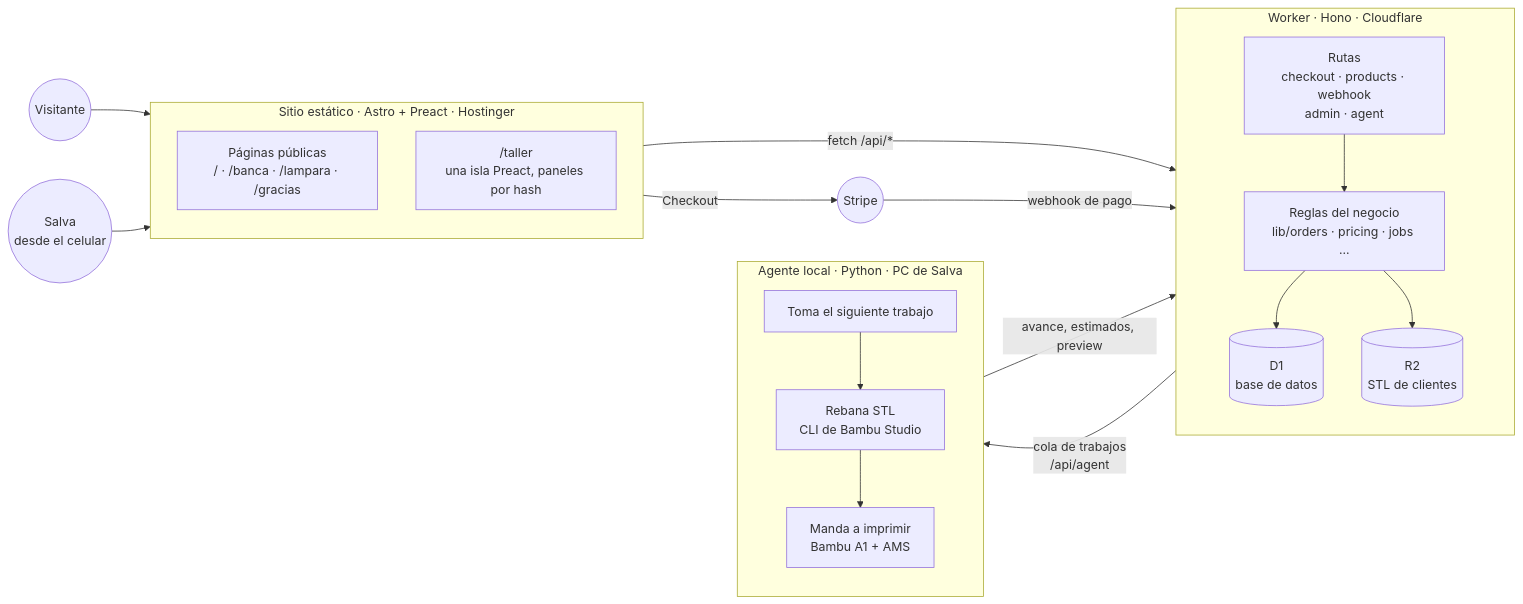
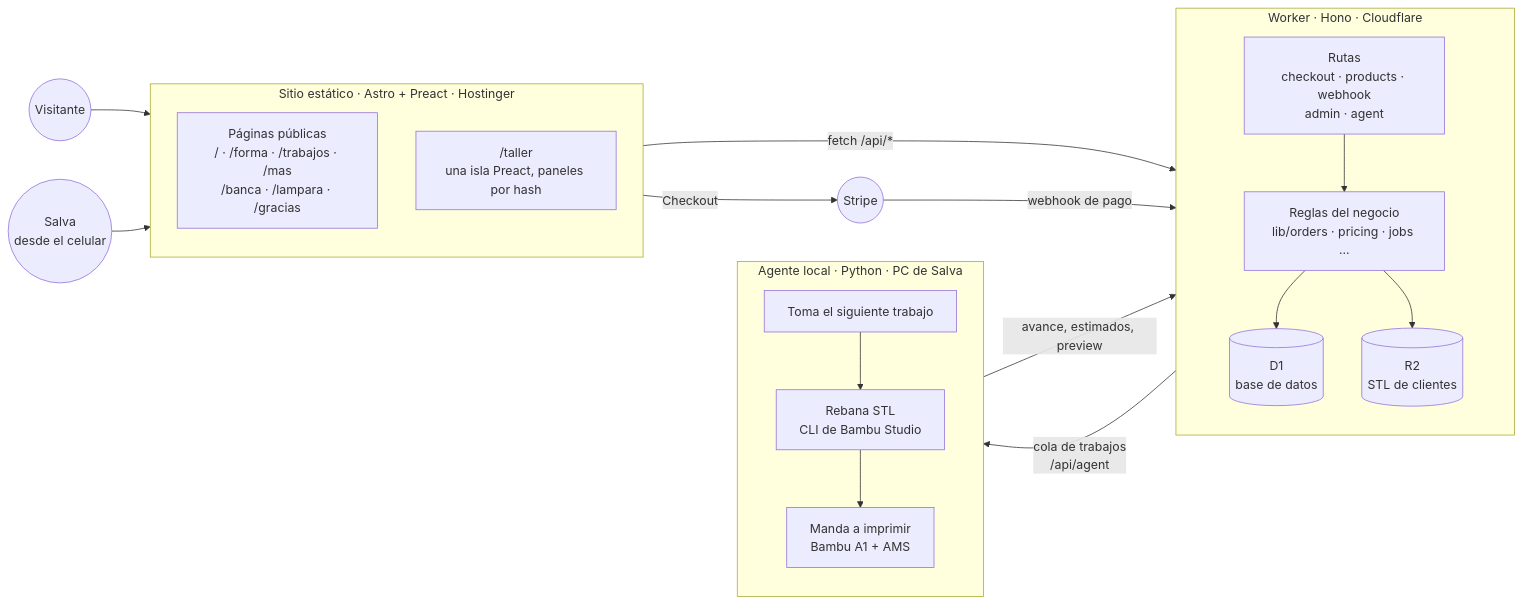
The first of 3 diagrams in docs/ARQUITECTURA.md (salvamalfa/formamx), drawn with Mermaid before and after one commit. The commit also changed other lines of this file and 17 other files, not shown here.

First line of the commit message:
feat(home): portada-menú de tres columnas con páginas /forma, /trabajos y /mas (#135)

````diff
--- a/docs/ARQUITECTURA.md
+++ b/docs/ARQUITECTURA.md
@@ -20,38 +20,38 @@
 ```mermaid
 flowchart LR
     visitante(("Visitante")) --> sitio
     salva(("Salva<br/>desde el celular")) --> sitio
 
     subgraph sitio["Sitio estático · Astro + Preact · Hostinger"]
         direction TB
-        paginas["Páginas públicas<br/>/ · /banca · /lampara · /gracias"]
+        paginas["Páginas públicas<br/>/ · /forma · /trabajos · /mas<br/>/banca · /lampara · /gracias"]
         taller["/taller<br/>una isla Preact, paneles por hash"]
     end
 
     sitio -- "fetch /api/*" --> api
 
     subgraph api["Worker · Hono · Cloudflare"]
         direction TB
         rutas["Rutas<br/>checkout · products · webhook<br/>admin · agent"]
         libs["Reglas del negocio<br/>lib/orders · pricing · jobs ..."]
         db[("D1<br/>base de datos")]
         r2[("R2<br/>STL de clientes")]
         rutas --> libs --> db
         libs --> r2
     end
 
     stripe(("Stripe")) -- "webhook de pago" --> api
     sitio -- "Checkout" --> stripe
 
     api -- "cola de trabajos<br/>/api/agent" --> agente
 
     subgraph agente["Agente local · Python · PC de Salva"]
         direction TB
         cola["Toma el siguiente trabajo"]
         slicer["Rebana STL<br/>CLI de Bambu Studio"]
         printer["Manda a imprimir<br/>Bambu A1 + AMS"]
         cola --> slicer --> printer
     end
 
     agente -- "avance, estimados, preview" --> api
 ```
````
